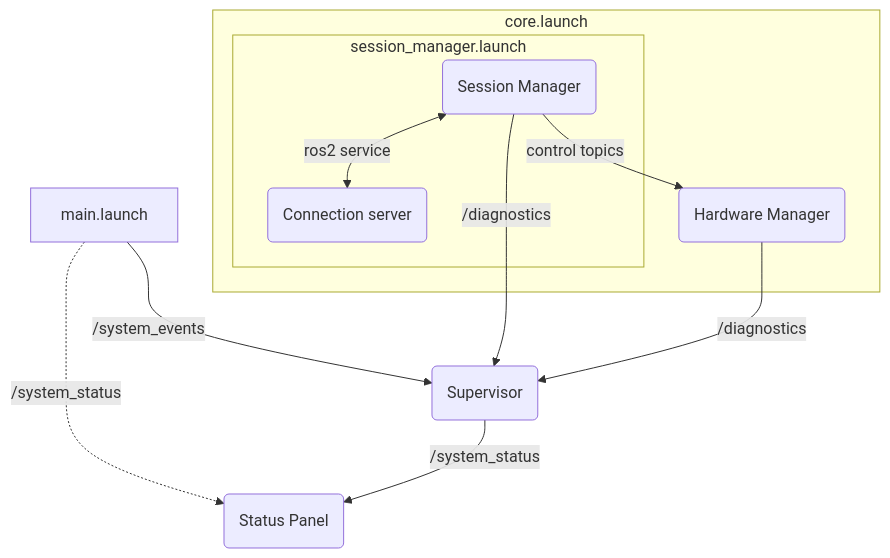
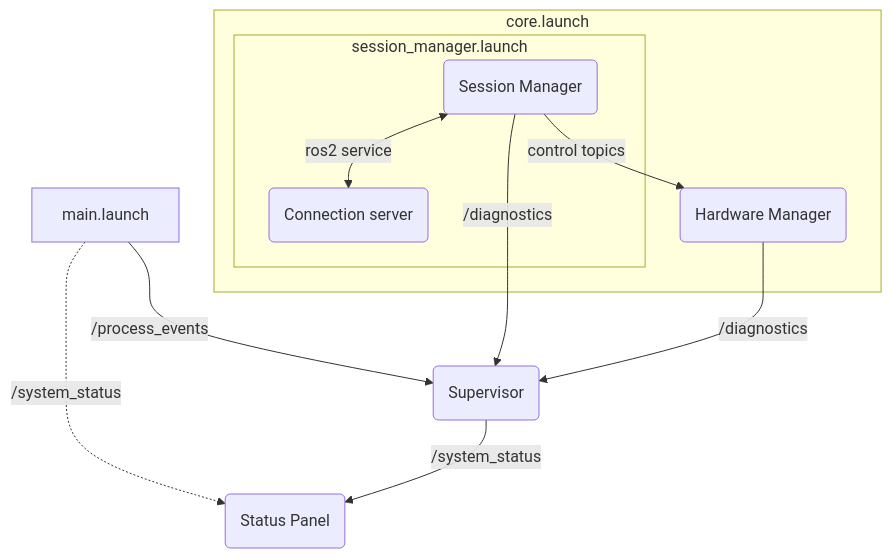
The diagram in docs/launch_architecture.md (franconepippone/animacharacter_dev_src), drawn with Mermaid before and after one commit. The commit also changed other lines of this file, not shown here.

Commit message:
rename /system_events to /proces_events

````diff
--- a/docs/launch_architecture.md
+++ b/docs/launch_architecture.md
@@ -26,16 +26,16 @@
 ```mermaid
 flowchart TD
     subgraph CORELAUNCH[core.launch]
         subgraph SESSLAUNCH[session_manager.launch]
             A <--> |ros2 service| C(Connection server)
         end
         B
     end
 
-    ML[main.launch] -->|/system_events| SUP
+    ML[main.launch] -->|/process_events| SUP
     A(Session Manager) -->|control topics| B
     A -->|/diagnostics| SUP
     B(Hardware Manager) -->|/diagnostics| SUP
     ML[main.launch] -.->|/system_status| M
     SUP(Supervisor) -->|/system_status| M(Status Panel)
 ```
````
